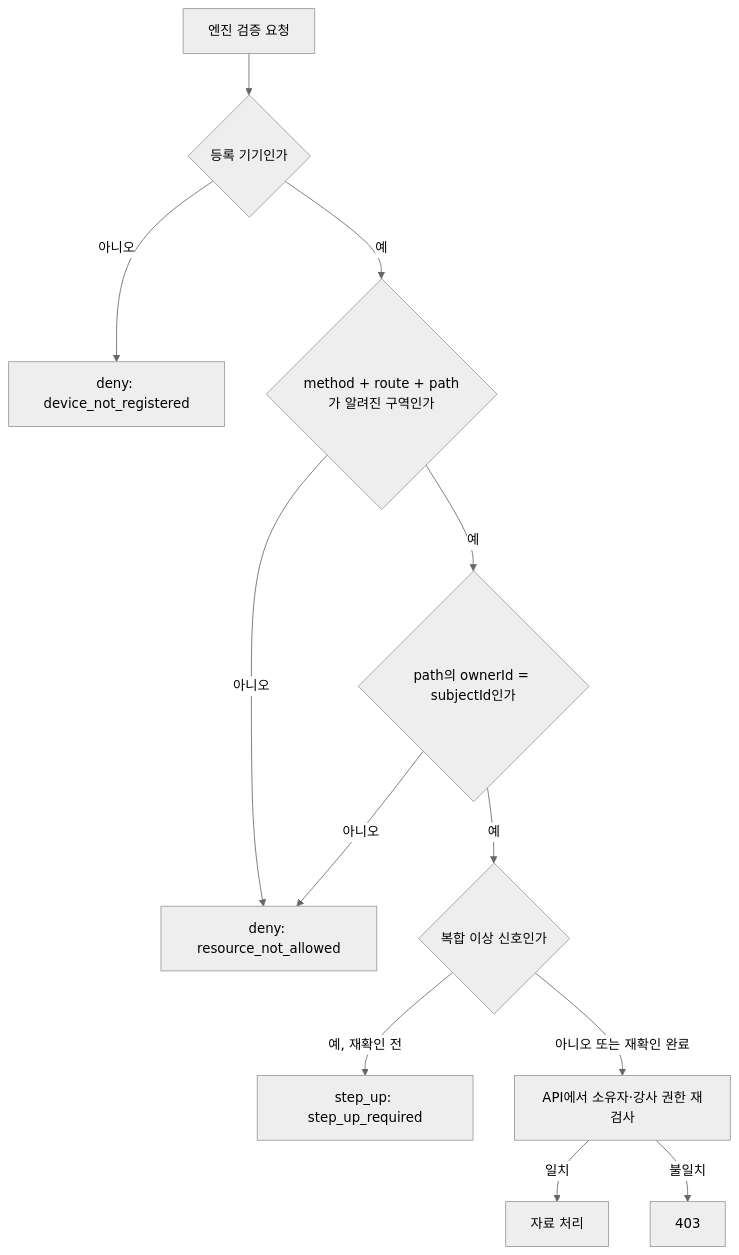
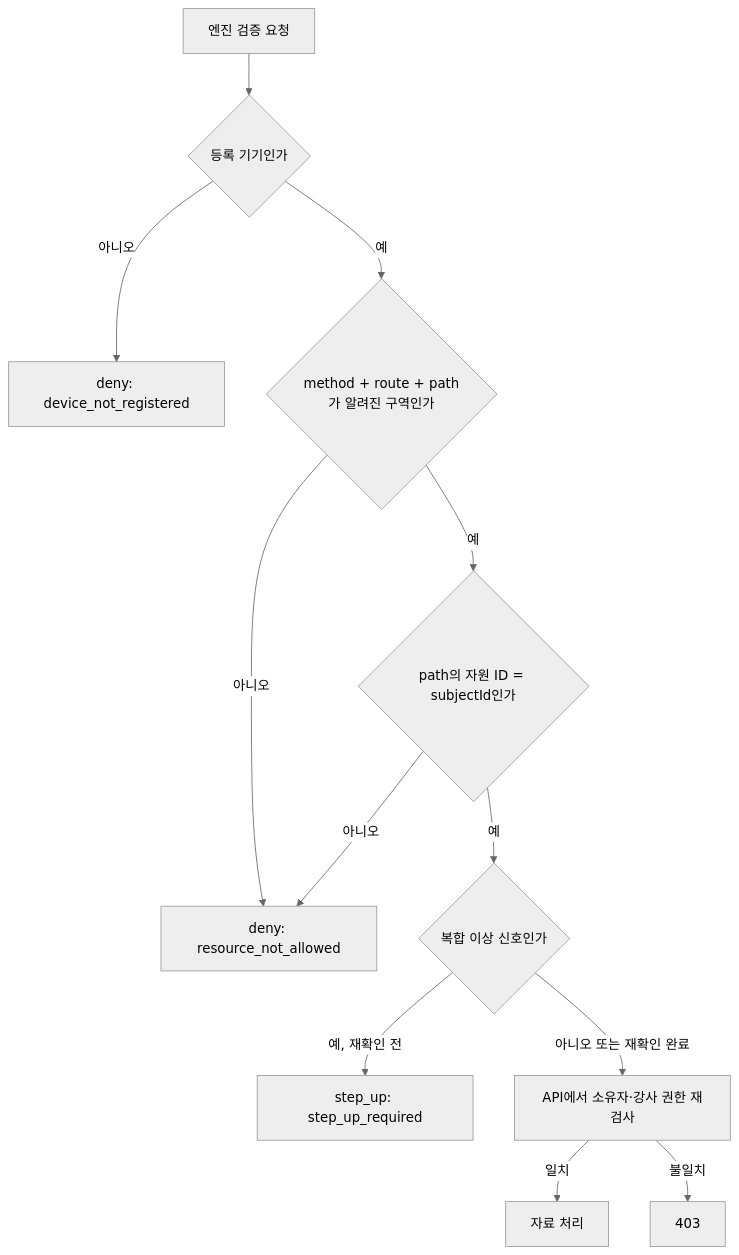
One commit to GunHeeKim127/aleph-defense changed the third of 3 diagrams in README.md. Above: the diagram before and after it, drawn with Mermaid (neutral theme). The commit also changed other lines of this file and 3 other files, not shown here.

````diff
--- a/README.md
+++ b/README.md
@@ -322,14 +323,14 @@
 ```mermaid
 flowchart TD
   A[엔진 검증 요청] --> B{등록 기기인가}
   B -->|아니오| C[deny: device_not_registered]
   B -->|예| D{method + route + path가 알려진 구역인가}
   D -->|아니오| E[deny: resource_not_allowed]
-  D -->|예| F{path의 ownerId = subjectId인가}
+  D -->|예| F{path의 자원 ID = subjectId인가}
   F -->|아니오| E
   F -->|예| G{복합 이상 신호인가}
   G -->|예, 재확인 전| H[step_up: step_up_required]
   G -->|아니오 또는 재확인 완료| I[API에서 소유자·강사 권한 재검사]
   I -->|일치| J[자료 처리]
   I -->|불일치| K[403]
 ```
````
